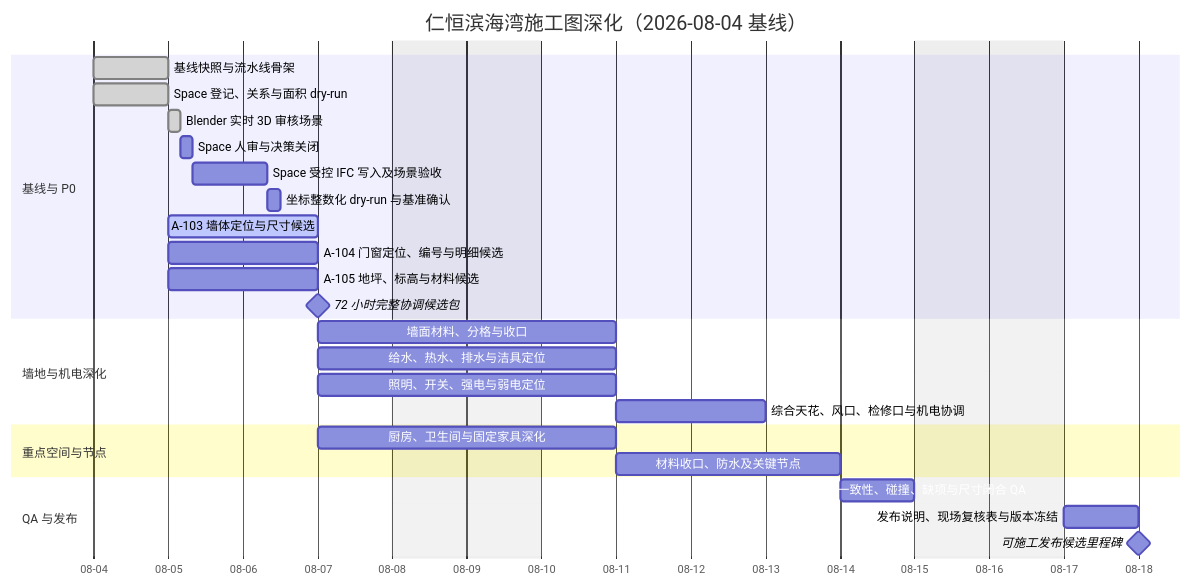
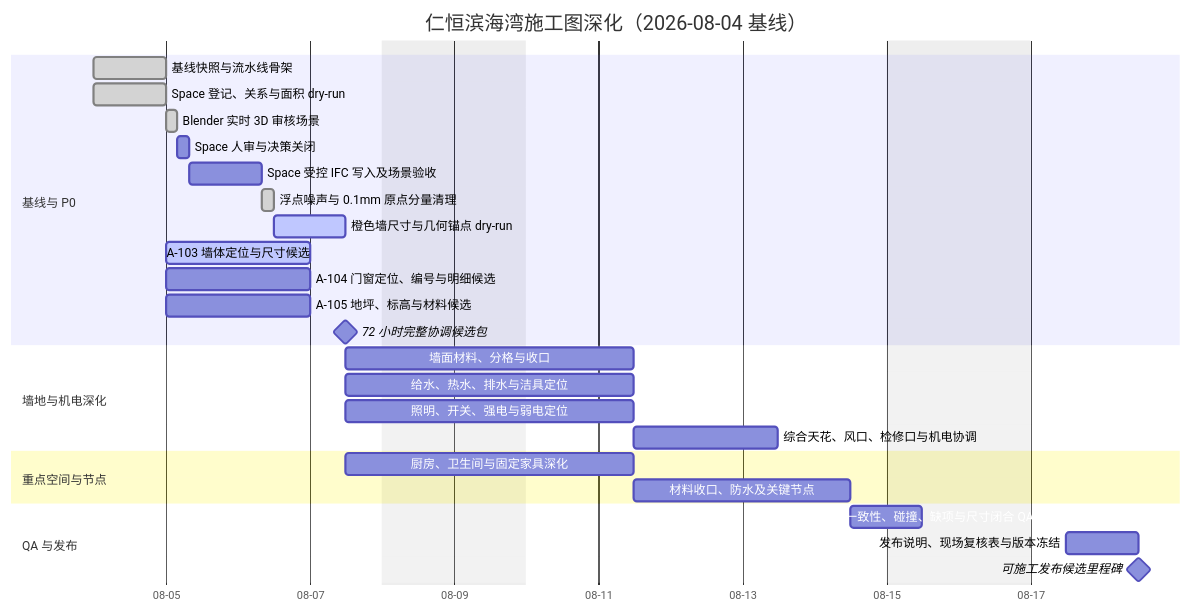
Before and after one commit to Weihan96/2504-GBTB-Yanlord-Zhuhai: the diagram in drawings/滨海湾装修施工图深化工作管理.md, drawn with Mermaid. The commit also changed other lines of this file and 4 other files, not shown here.

````diff
--- a/drawings/滨海湾装修施工图深化工作管理.md
+++ b/drawings/滨海湾装修施工图深化工作管理.md
@@ -64,34 +64,35 @@
 ```mermaid
 gantt
     title 仁恒滨海湾施工图深化（2026-08-04 基线）
     dateFormat  YYYY-MM-DD
     axisFormat  %m-%d
     excludes    weekends
 
     section 基线与 P0
     基线快照与流水线骨架                 :done, M000, 2026-08-04, 1d
     Space 登记、关系与面积 dry-run       :done, S001, 2026-08-04, 1d
     Blender 实时 3D 审核场景              :done, S002A, after S001, 4h
     Space 人审与决策关闭                 :S002, after S002A, 4h
     Space 受控 IFC 写入及场景验收         :S003, after S002, 1d
-    坐标整数化 dry-run 与基准确认          :C001, after S003, 4h
+    浮点噪声与 0.1mm 原点分量清理          :done, C001, after S003, 4h
+    橙色墙尺寸与几何锚点 dry-run           :active, C002, after C001, 1d
     A-103 墙体定位与尺寸候选              :active, A103, after S001, 2d
     A-104 门窗定位、编号与明细候选         :A104, after S001, 2d
     A-105 地坪、标高与材料候选             :A105, after S001, 2d
-    72 小时完整协调候选包                 :milestone, M072, after C001 A103 A104 A105, 0d
+    72 小时完整协调候选包                 :milestone, M072, after C002 A103 A104 A105, 0d
 
     section 墙地与机电深化
     墙面材料、分格与收口                  :WFIN, after M072, 2d
     给水、热水、排水与洁具定位             :PLUM, after M072, 2d
     照明、开关、强电与弱电定位             :ELEC, after M072, 2d
     综合天花、风口、检修口与机电协调        :RCP1, after ELEC, 2d
 
     section 重点空间与节点
     厨房、卫生间与固定家具深化             :INT1, after M072, 2d
     材料收口、防水及关键节点               :DET1, after INT1, 3d
 
     section QA 与发布
     跨图一致性、碰撞、缺项与尺寸闭合 QA     :QA01, after RCP1 DET1 WFIN PLUM, 1d
     发布说明、现场复核表与版本冻结           :REL1, after QA01, 1d
     可施工发布候选里程碑                   :milestone, MREL, after REL1, 0d
 ```
````
